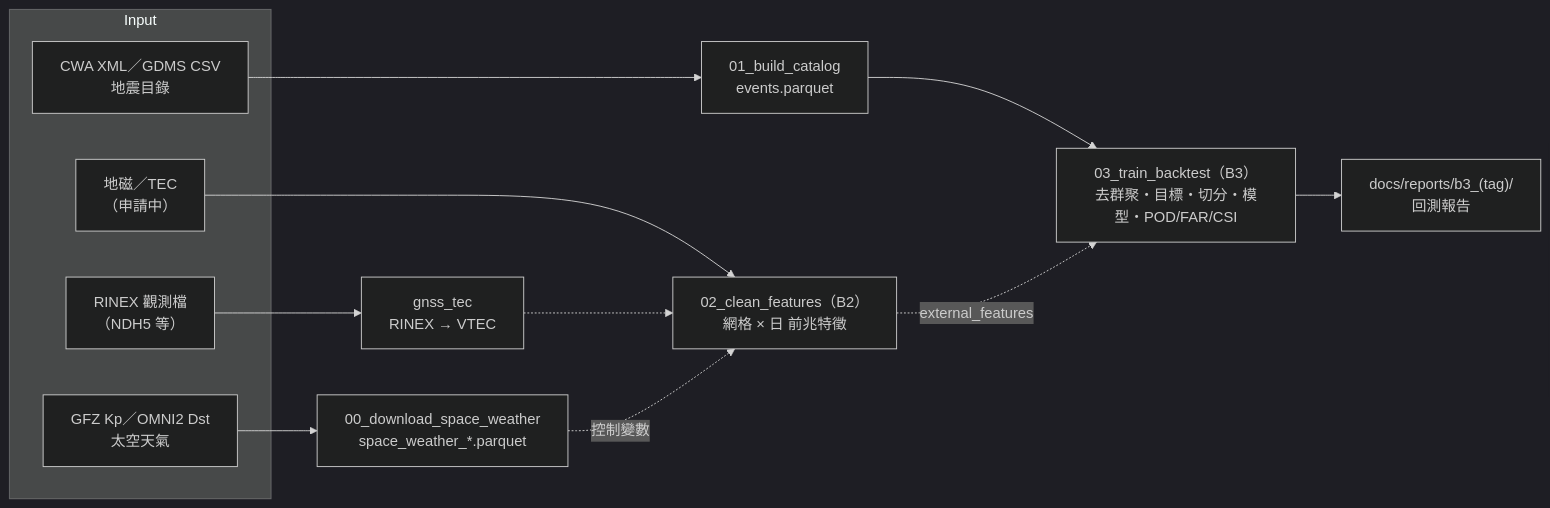
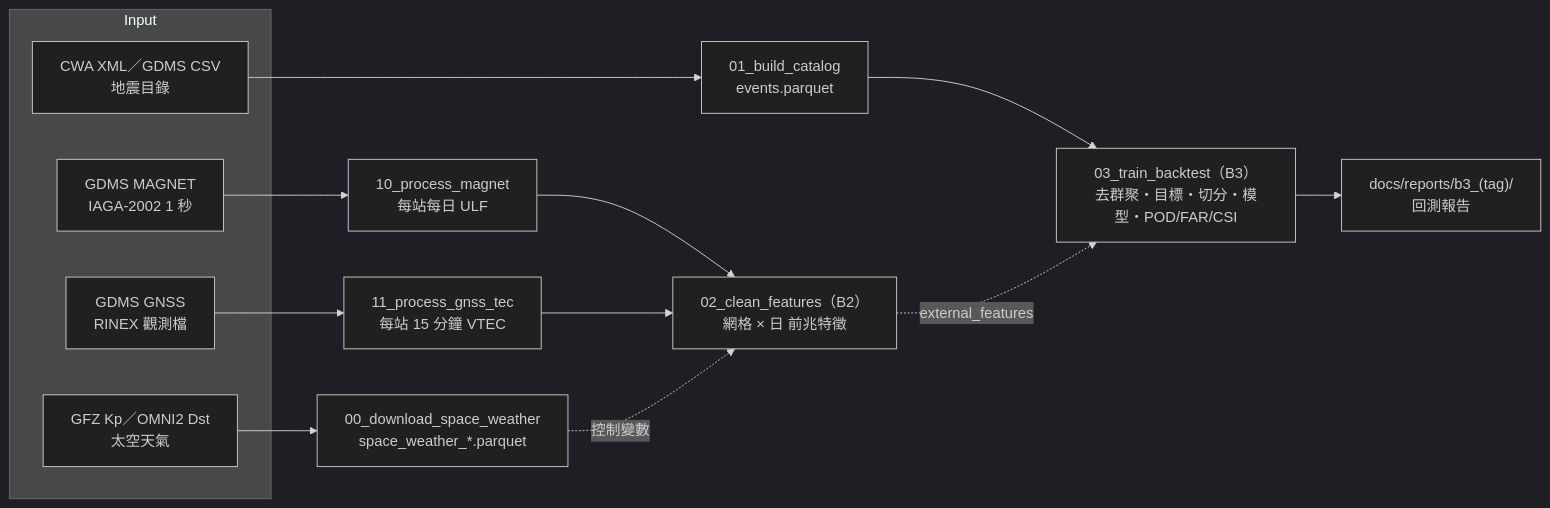
One commit to Azazelowo/earthquake-risk-project changed the diagram in pipeline/README.md. Above: the diagram before and after it, drawn with Mermaid (dark theme). The commit also changed other lines of this file and 21 other files, not shown here.

````diff
--- a/pipeline/README.md
+++ b/pipeline/README.md
@@ -5,18 +5,19 @@
 ```mermaid
 flowchart LR
     subgraph Input
         R1["CWA XML／GDMS CSV<br/>地震目錄"]
         R2["GFZ Kp／OMNI2 Dst<br/>太空天氣"]
-        R3["RINEX 觀測檔<br/>（NDH5 等）"]
-        R4["地磁／TEC<br/>（申請中）"]
+        R3["GDMS GNSS<br/>RINEX 觀測檔"]
+        R4["GDMS MAGNET<br/>IAGA-2002 1 秒"]
     end
     R1 --> S1["01_build_catalog<br/>events.parquet"]
     R2 --> S0["00_download_space_weather<br/>space_weather_*.parquet"]
-    R3 --> TEC["gnss_tec<br/>RINEX → VTEC"]
-    R4 --> S2["02_clean_features（B2）<br/>網格 × 日 前兆特徵"]
-    TEC -.-> S2
+    R3 --> TEC["11_process_gnss_tec<br/>每站 15 分鐘 VTEC"]
+    R4 --> MAG["10_process_magnet<br/>每站每日 ULF"]
+    MAG --> S2["02_clean_features（B2）<br/>網格 × 日 前兆特徵"]
+    TEC --> S2
     S0 -. 控制變數 .-> S2
     S1 --> S3["03_train_backtest（B3）<br/>去群聚・目標・切分・模型・POD/FAR/CSI"]
     S2 -. external_features .-> S3
     S3 --> O["docs/reports/b3_(tag)/<br/>回測報告"]
 ```
````
